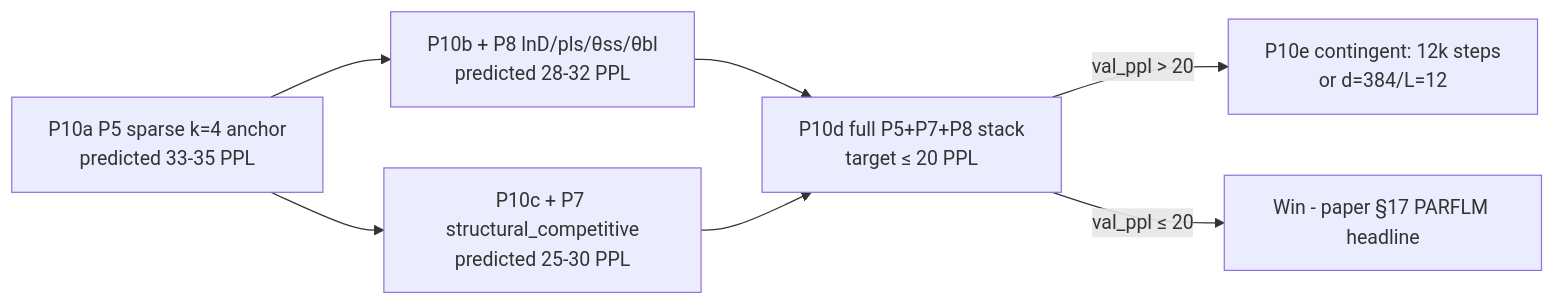
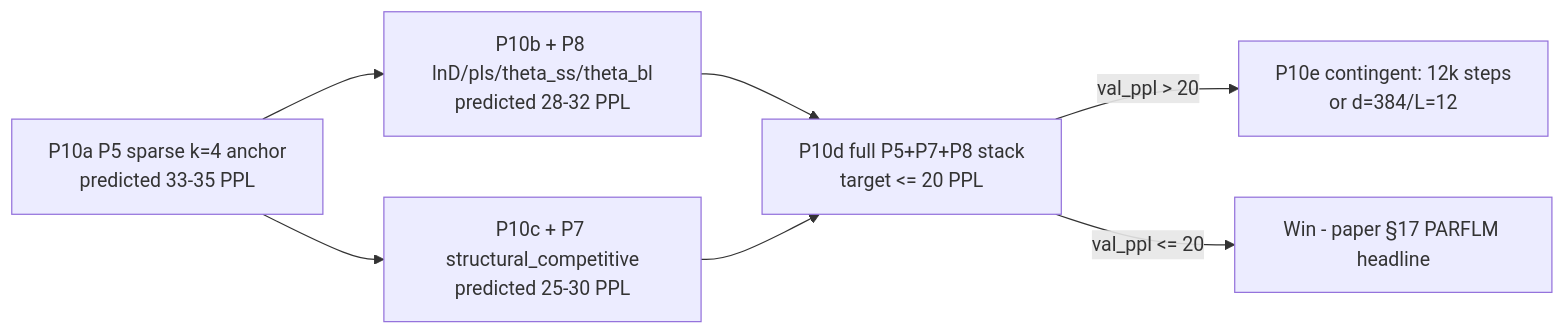
The third of 4 diagrams in companion_notes/PARF-SPLM_Path_Forward_and_Experiments.md (dimitarpg13/semsimula-paper), drawn with Mermaid before and after one commit. The commit also changed other lines of this file and 36 other files, not shown here.

First line of the commit message:
Sync companion notes: Claim A status update, Mermaid/LaTeX fixes, new files

````diff
--- a/companion_notes/PARF-SPLM_Path_Forward_and_Experiments.md
+++ b/companion_notes/PARF-SPLM_Path_Forward_and_Experiments.md
@@ -1464,9 +1464,9 @@
 ```mermaid
 flowchart LR
-    A[P10a P5 sparse k=4 anchor<br/>predicted 33-35 PPL] --> B[P10b + P8 lnD/pls/θss/θbl<br/>predicted 28-32 PPL]
-    A --> C[P10c + P7 structural_competitive<br/>predicted 25-30 PPL]
-    B --> D[P10d full P5+P7+P8 stack<br/>target ≤ 20 PPL]
+    A[P10a P5 sparse k=4 anchor<br>predicted 33-35 PPL] --> B[P10b + P8 lnD/pls/theta_ss/theta_bl<br>predicted 28-32 PPL]
+    A --> C[P10c + P7 structural_competitive<br>predicted 25-30 PPL]
+    B --> D[P10d full P5+P7+P8 stack<br>target <= 20 PPL]
     C --> D
-    D -- val_ppl &gt; 20 --> E[P10e contingent: 12k steps<br/>or d=384/L=12]
-    D -- val_ppl ≤ 20 --> F[Win - paper §17 PARFLM headline]
+    D -- val_ppl &gt; 20 --> E[P10e contingent: 12k steps<br>or d=384/L=12]
+    D -- val_ppl <= 20 --> F[Win - paper §17 PARFLM headline]
 ```
````
